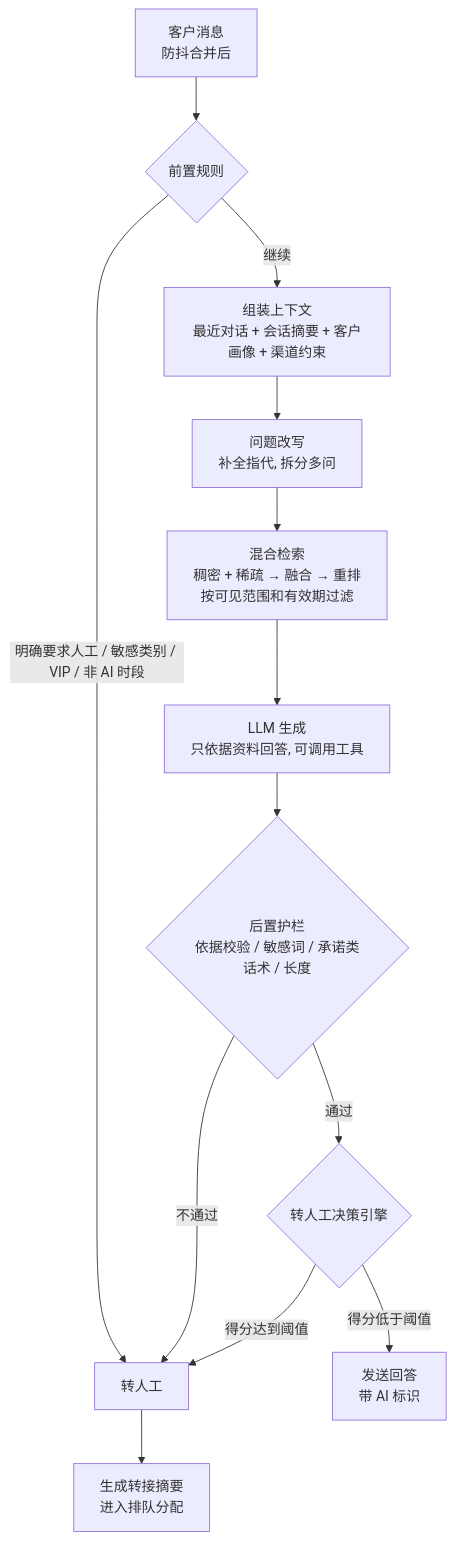
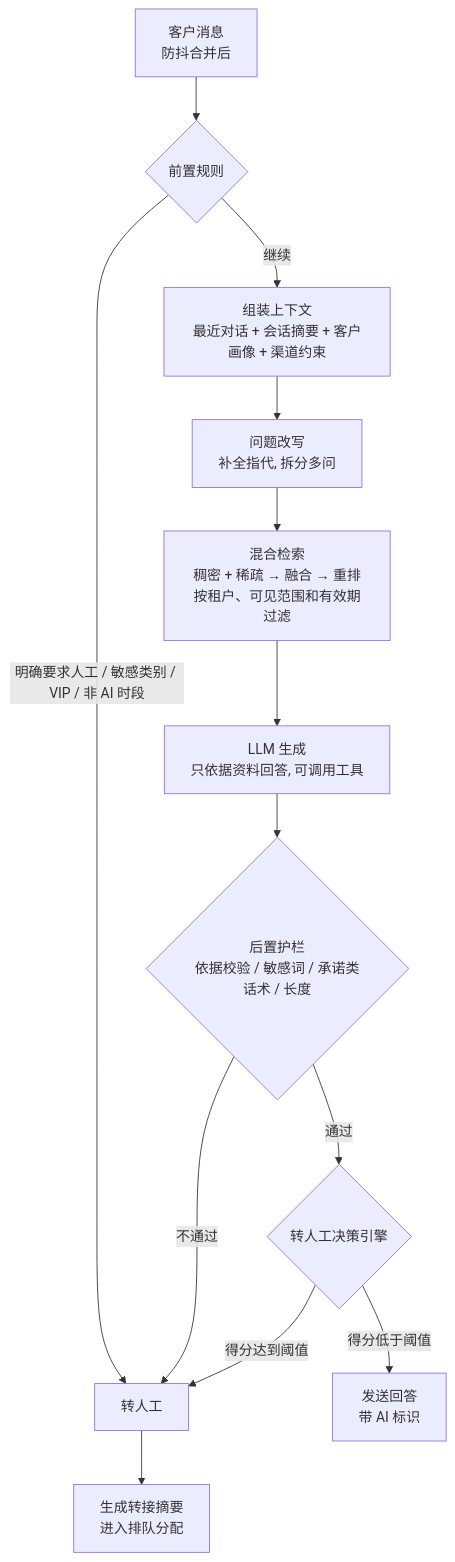
Before and after one commit to brianabc121/EnterpriseDigitalPlatform: the sixth of 8 diagrams in docs/plans/2026-09-28-enterprise-digital-platform-design.md, drawn with Mermaid. The commit also changed other lines of this file and 1 other file, not shown here.

````diff
--- a/docs/plans/2026-09-28-enterprise-digital-platform-design.md
+++ b/docs/plans/2026-09-28-enterprise-digital-platform-design.md
@@ -628,15 +904,15 @@
 ```mermaid
 flowchart TB
   IN["客户消息<br/>防抖合并后"] --> PRE{"前置规则"}
   PRE -- "明确要求人工 / 敏感类别 / VIP / 非 AI 时段" --> HO["转人工"]
   PRE -- "继续" --> CTX["组装上下文<br/>最近对话 + 会话摘要 + 客户画像 + 渠道约束"]
   CTX --> QR["问题改写<br/>补全指代, 拆分多问"]
-  QR --> RET["混合检索<br/>稠密 + 稀疏 → 融合 → 重排<br/>按可见范围和有效期过滤"]
+  QR --> RET["混合检索<br/>稠密 + 稀疏 → 融合 → 重排<br/>按租户、可见范围和有效期过滤"]
   RET --> GEN["LLM 生成<br/>只依据资料回答, 可调用工具"]
   GEN --> POST{"后置护栏<br/>依据校验 / 敏感词 / 承诺类话术 / 长度"}
   POST -- "不通过" --> HO
   POST -- "通过" --> DEC{"转人工决策引擎"}
   DEC -- "得分低于阈值" --> OUT["发送回答<br/>带 AI 标识"]
   DEC -- "得分达到阈值" --> HO
   HO --> SUM["生成转接摘要<br/>进入排队分配"]
 ```
````
